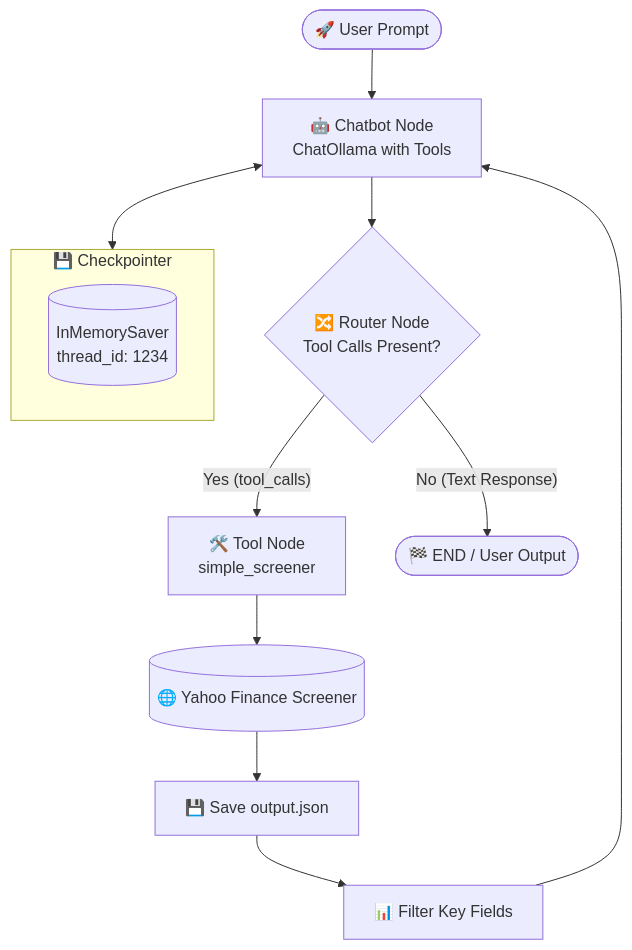
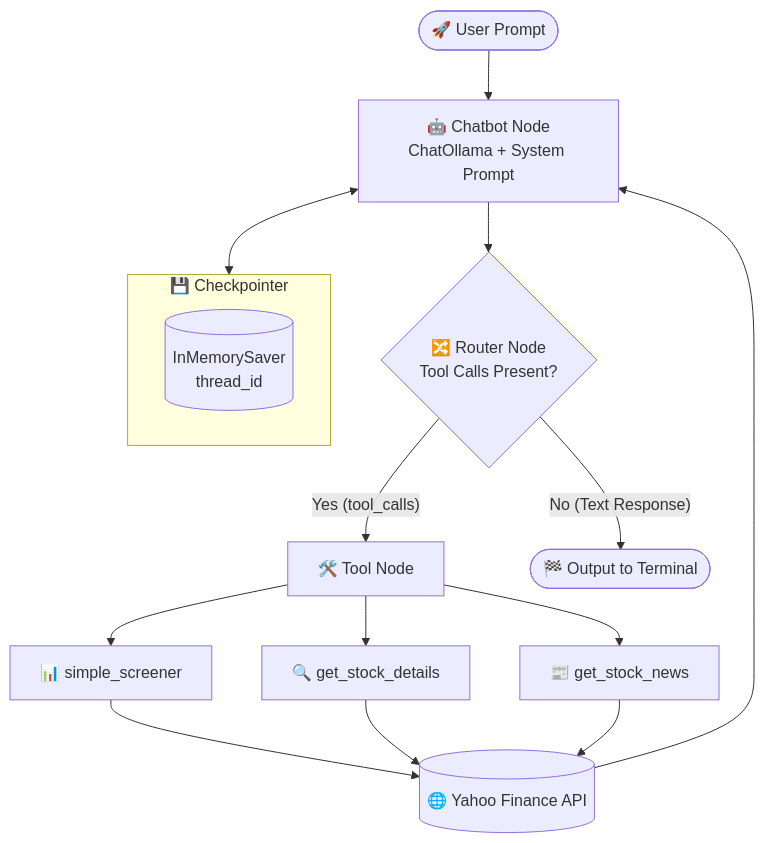
One commit to bhumisengar19/small-prj changed the diagram in langgraph/README.md. Above: the diagram before and after it, drawn with Mermaid. The commit also changed other lines of this file, not shown here.

````diff
--- a/langgraph/README.md
+++ b/langgraph/README.md
@@ -58,18 +71,23 @@
 ```mermaid
 flowchart TD
-    Start([🚀 User Prompt]) --> ChatbotNode[🤖 Chatbot Node\nChatOllama with Tools]
+    Start([🚀 User Prompt]) --> ChatbotNode[🤖 Chatbot Node\nChatOllama + System Prompt]
     ChatbotNode --> RouterNode{🔀 Router Node\nTool Calls Present?}
     
-    RouterNode -- "Yes (tool_calls)" --> ToolNode[🛠️ Tool Node\nsimple_screener]
-    ToolNode --> YFinanceAPI[(🌐 Yahoo Finance Screener)]
-    YFinanceAPI --> JsonExport[💾 Save output.json]
-    JsonExport --> FilterQuotes[📊 Filter Key Fields]
-    FilterQuotes --> ChatbotNode
+    RouterNode -- "Yes (tool_calls)" --> ToolNode[🛠️ Tool Node]
+    ToolNode --> Tool1[📊 simple_screener]
+    ToolNode --> Tool2[🔍 get_stock_details]
+    ToolNode --> Tool3[📰 get_stock_news]
     
-    RouterNode -- "No (Text Response)" --> EndNode([🏁 END / User Output])
+    Tool1 --> YFinanceAPI[(🌐 Yahoo Finance API)]
+    Tool2 --> YFinanceAPI
+    Tool3 --> YFinanceAPI
+    
+    YFinanceAPI --> ChatbotNode
+    
+    RouterNode -- "No (Text Response)" --> EndNode([🏁 Output to Terminal])
     
     subgraph Memory ["💾 Checkpointer"]
-        InMemorySaver[(InMemorySaver\nthread_id: 1234)]
+        InMemorySaver[(InMemorySaver\nthread_id)]
     end
     ChatbotNode <--> Memory
 ```
````
